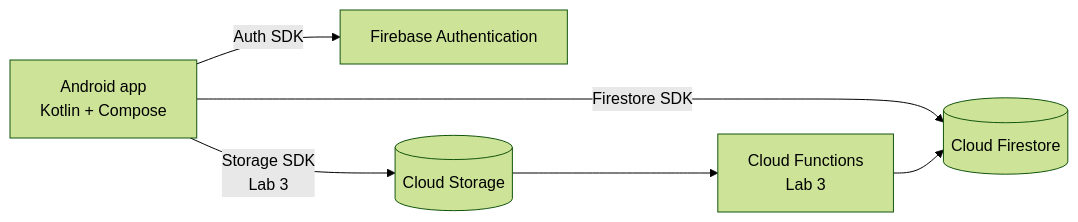
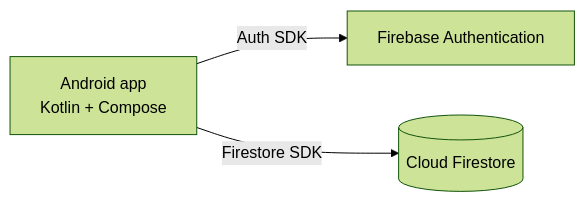
One commit to jungwonJung/caughtu-android changed the diagram in README.md. Above: the diagram before and after it, drawn with Mermaid (forest theme). The commit also changed other lines of this file, not shown here.

Commit message:
docs: README feature table matches Lab 2 state (#34)

````diff
--- a/README.md
+++ b/README.md
@@ -80,8 +80,5 @@
 ```mermaid
 flowchart LR
   A[Android app<br/>Kotlin + Compose] -->|Auth SDK| B[Firebase Authentication]
   A -->|Firestore SDK| C[(Cloud Firestore)]
-  A -->|Storage SDK<br/>Lab 3| S[(Cloud Storage)]
-  S --> D[Cloud Functions<br/>Lab 3]
-  D --> C
 ```
````
